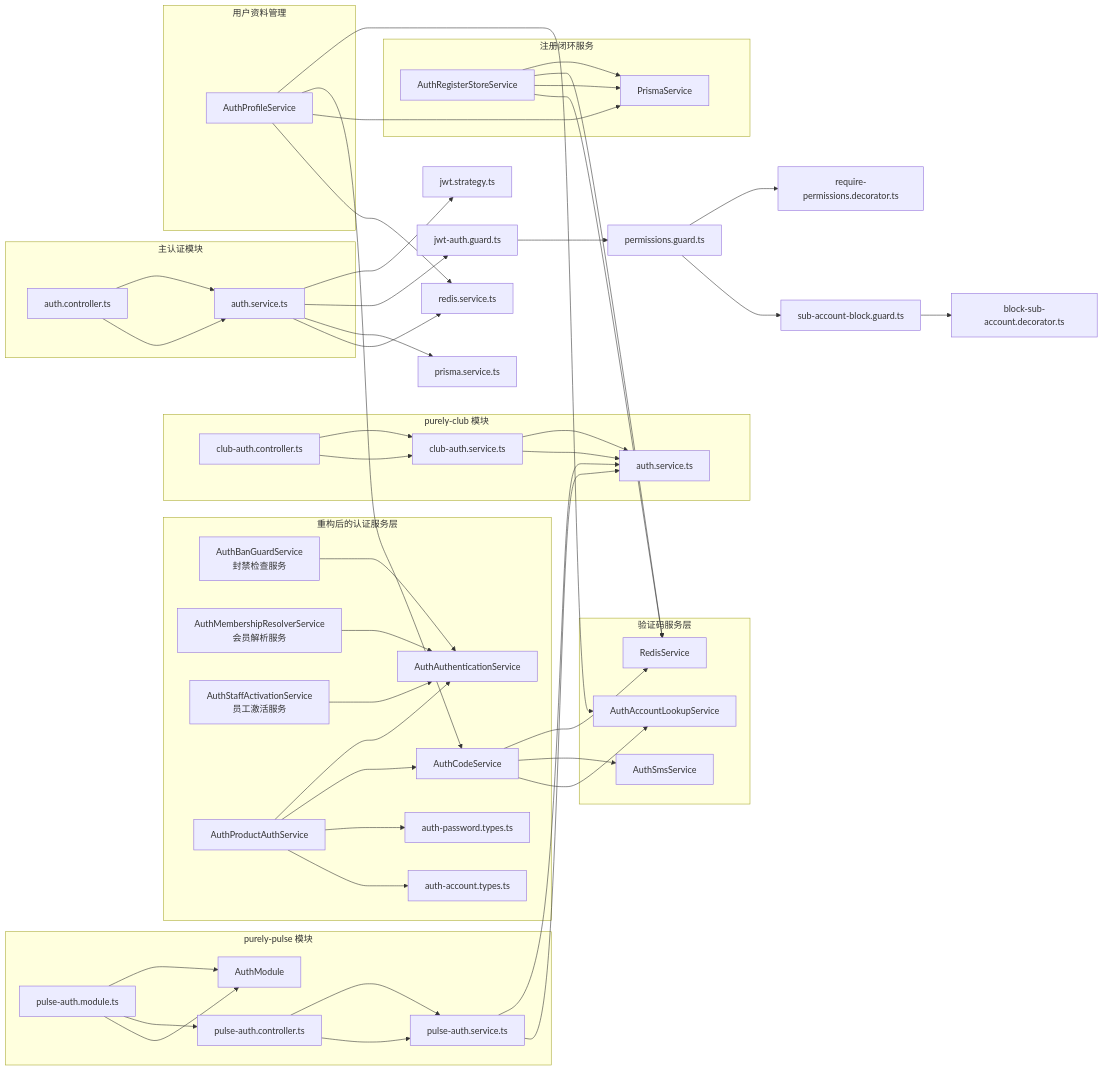
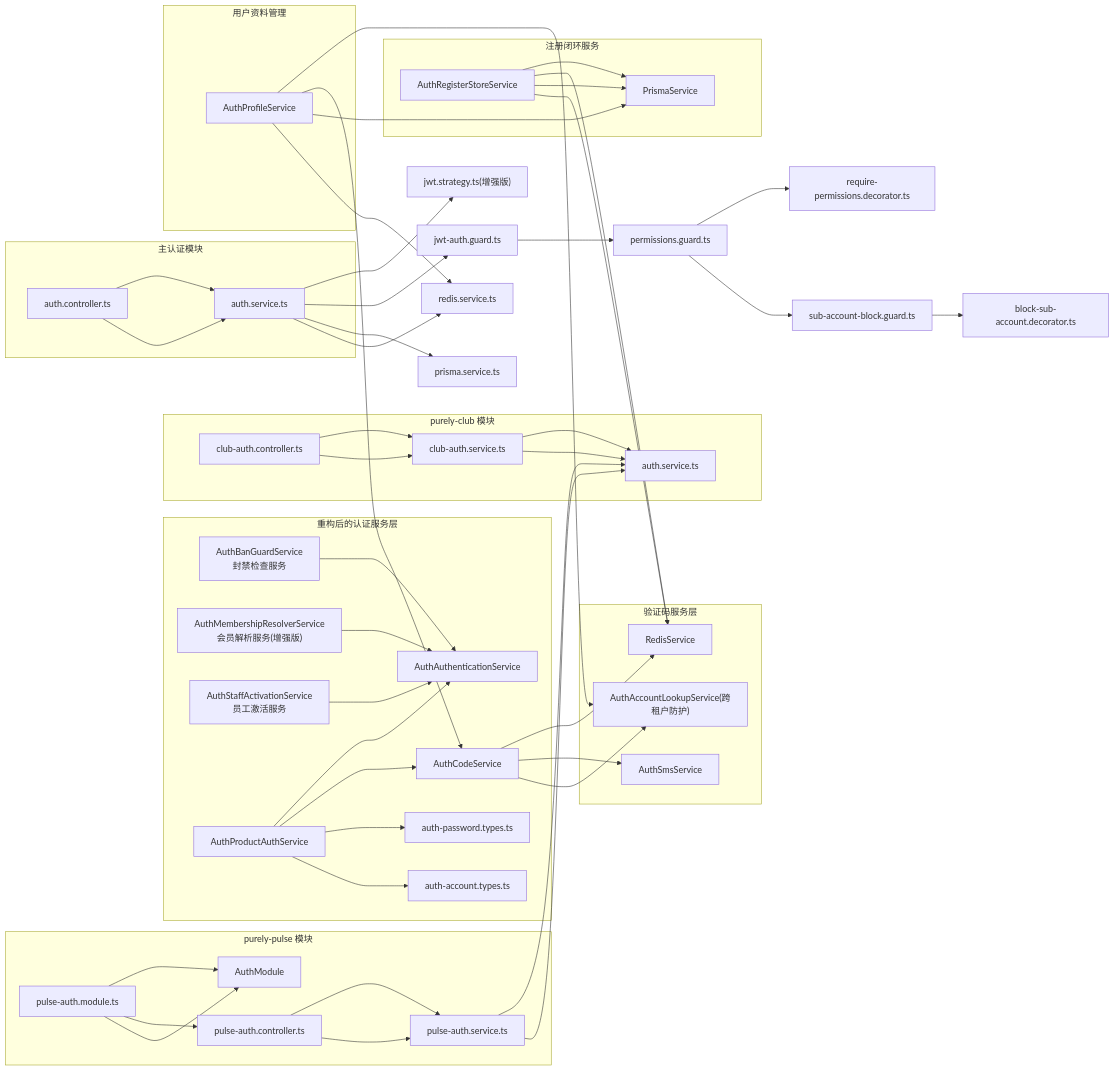
Before and after one commit to rc558620/purelyprofit-server: diagram 16 of 16 in .qoder/repowiki/zh/content/认证授权系统/认证授权系统.md, drawn with Mermaid. The commit also changed other lines of this file and 80 other files, not shown here.

````diff
--- a/.qoder/repowiki/zh/content/认证授权系统/认证授权系统.md
+++ b/.qoder/repowiki/zh/content/认证授权系统/认证授权系统.md
@@ -935,63 +980,63 @@
 ```mermaid
 graph LR
 subgraph "重构后的认证服务层"
 ABGS["AuthBanGuardService<br/>封禁检查服务"]
-AMRS["AuthMembershipResolverService<br/>会员解析服务"]
+AMRS["AuthMembershipResolverService<br/>会员解析服务(增强版)"]
 ASAS["AuthStaffActivationService<br/>员工激活服务"]
 APAS["AuthProductAuthService"]
 AAS["AuthAuthenticationService"]
 ACS["AuthCodeService"]
 AST["auth-password.types.ts"]
 AAT["auth-account.types.ts"]
 end
 subgraph "验证码服务层"
 ACS --> RS["RedisService"]
 ACS --> ASS["AuthSmsService"]
-ACS --> AALS["AuthAccountLookupService"]
+ACS --> AALS["AuthAccountLookupService(跨租户防护)"]
 end
 subgraph "purely-club 模块"
 CCtrl["club-auth.controller.ts"] --> CSvc["club-auth.service.ts"]
 CSvc --> MainSvc["auth.service.ts"]
 end
 subgraph "purely-pulse 模块"
 PAM["pulse-auth.module.ts"] --> AM["AuthModule"]
 PAM --> PCtrl["pulse-auth.controller.ts"] --> PSvc["pulse-auth.service.ts"]
 PSvc --> MainSvc
 end
 subgraph "主认证模块"
 Ctrl["auth.controller.ts"] --> Svc["auth.service.ts"]
 end
 subgraph "用户资料管理"
-UPS["AuthProfileService"] --> AALS["AuthAccountLookupService"]
+UPS["AuthProfileService"] --> AALS
 UPS --> ACS
 end
 subgraph "注册闭环服务"
 ARS["AuthRegisterStoreService"] --> PRISMA["PrismaService"]
 ARS --> RS
 end
 ABGS --> AAS
 AMRS --> AAS
 ASAS --> AAS
 APAS --> AAS
 APAS --> ACS
 APAS --> AST
 APAS --> AAT
 CCtrl --> CSvc
 CSvc --> MainSvc
 PAM --> AM
 PCtrl --> PSvc
 PSvc --> MainSvc
 Ctrl --> Svc
-Svc --> Strat["jwt.strategy.ts"]
+Svc --> Strat["jwt.strategy.ts(增强版)"]
 Svc --> Guard["jwt-auth.guard.ts"]
 Guard --> PermGuard["permissions.guard.ts"]
 PermGuard --> Decor["require-permissions.decorator.ts"]
 PermGuard --> SubGuard["sub-account-block.guard.ts"]
 SubGuard --> SubDecor["block-sub-account.decorator.ts"]
 Svc --> Prisma["prisma.service.ts"]
 Svc --> Redis["redis.service.ts"]
 ARS --> PRISMA
 ARS --> RS
 UPS --> PRISMA
 UPS --> Redis
 ```
````
